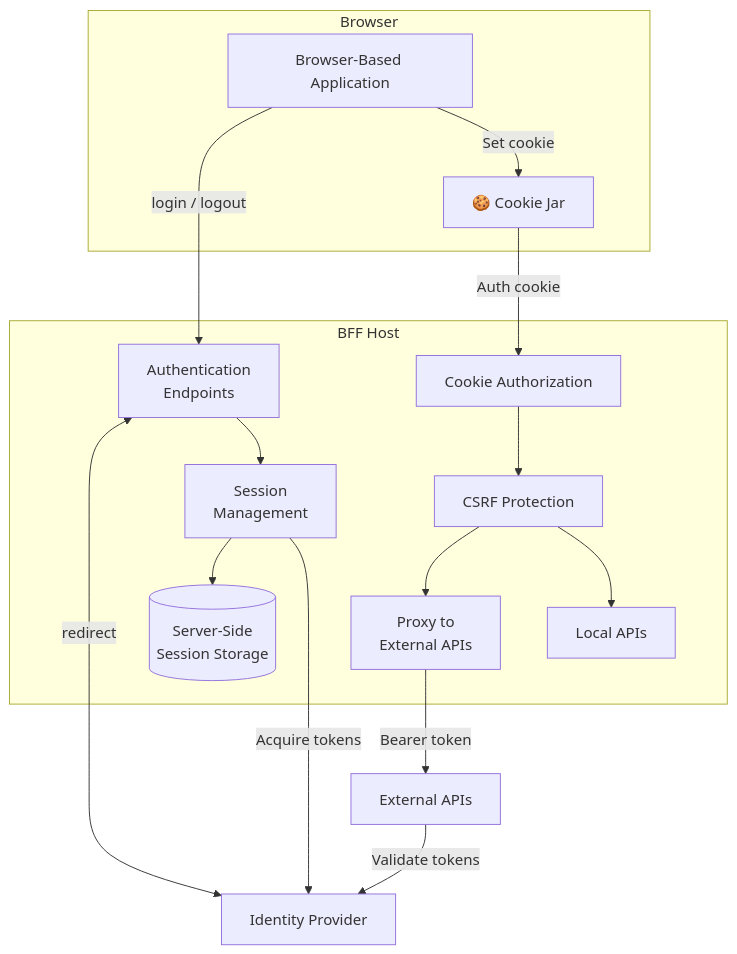
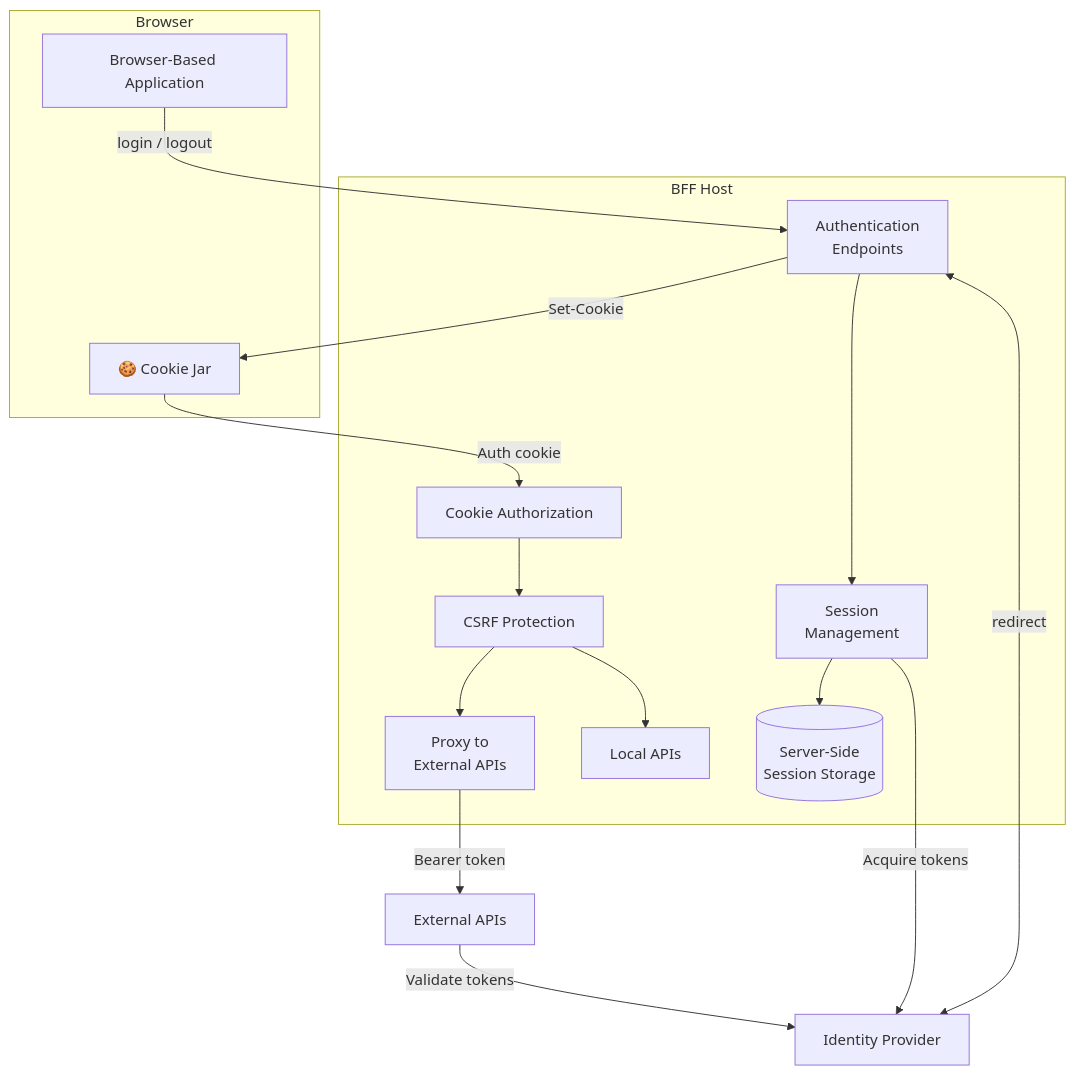
The first of 2 diagrams in astro/src/content/docs/bff/architecture/index.mdx (DuendeSoftware/docs.duendesoftware.com), drawn with Mermaid before and after one commit. The commit also changed other lines of this file and 5 other files, not shown here.

Commit message:
Improve Mermaid diagrams in BFF docs for better readability, update theme settings, and refine dark mode CSS styles for clarity and consistency.

````diff
--- a/astro/src/content/docs/bff/architecture/index.mdx
+++ b/astro/src/content/docs/bff/architecture/index.mdx
@@ -28,34 +28,34 @@
 ```mermaid
 %%{ init: { 'theme': 'default' } }%%
 flowchart TD
     subgraph Browser
         SPA["Browser-Based Application"]
         CookieJar["🍪 Cookie Jar"]
     end
 
     subgraph BFF["BFF Host"]
         AuthEndpoints["Authentication<br/>Endpoints"]
         SessionMgmt["Session<br/>Management"]
         CookieAuth["Cookie Authorization"]
         CSRF["CSRF Protection"]
         Proxy["Proxy to<br/>External APIs"]
         LocalAPIs["Local APIs"]
         SessionStore[("Server-Side<br/>Session Storage")]
     end
 
     IdP["Identity Provider"]
     ExternalAPIs["External APIs"]
 
     SPA -->|"login / logout"| AuthEndpoints
-    SPA -->|"Set cookie"| CookieJar
+    AuthEndpoints -->|"Set-Cookie"| CookieJar
     CookieJar -->|"Auth cookie"| CookieAuth
     AuthEndpoints <-->|"redirect"| IdP
     AuthEndpoints --> SessionMgmt
     SessionMgmt --> SessionStore
     CookieAuth --> CSRF
     CSRF --> Proxy
     CSRF --> LocalAPIs
     Proxy -->|"Bearer token"| ExternalAPIs
     SessionMgmt -->|"Acquire tokens"| IdP
     ExternalAPIs -->|"Validate tokens"| IdP
 ```
````
